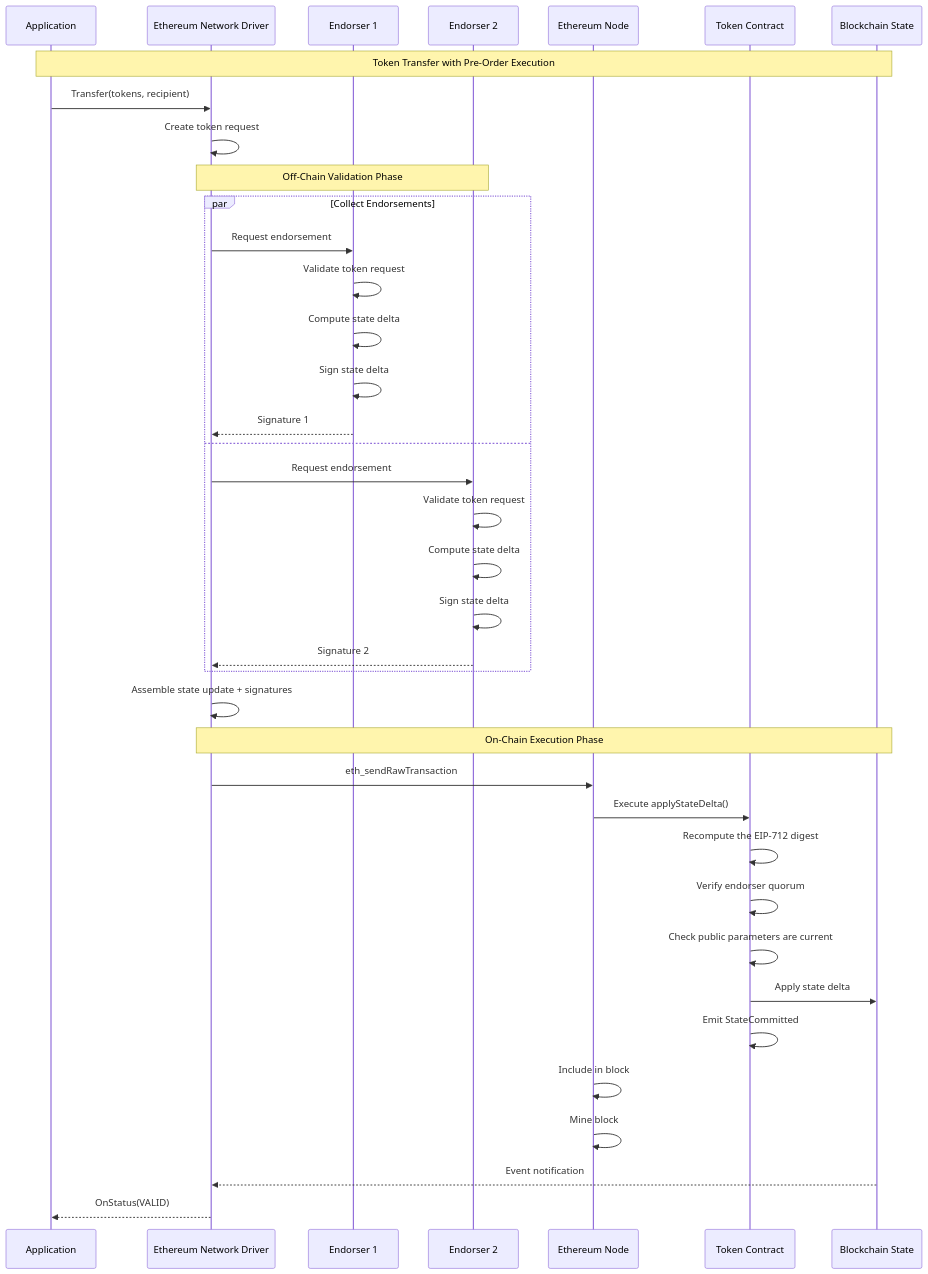
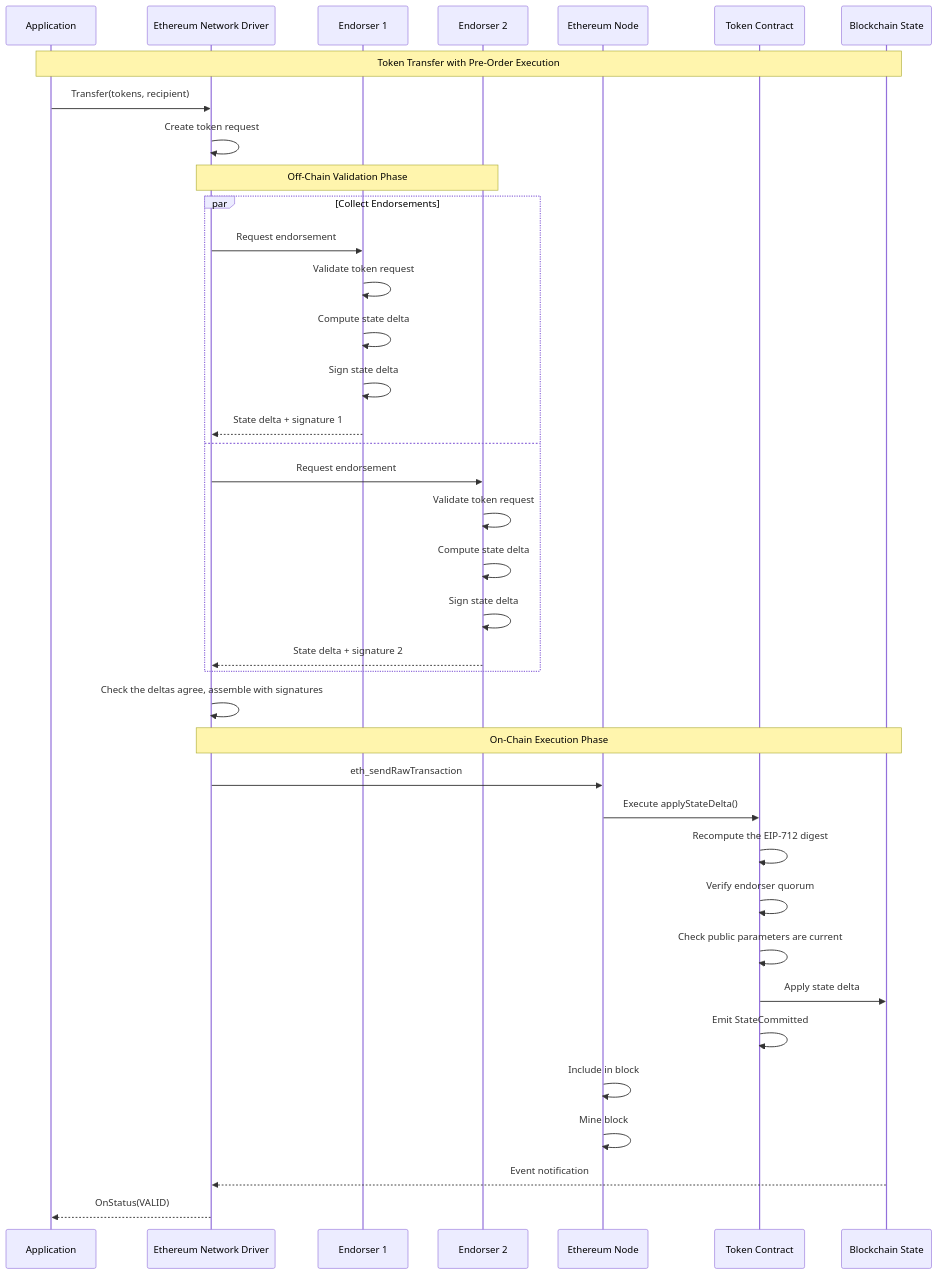
Before and after one commit to LFDT-Panurus/panurus: the fifth of 11 diagrams in docs/services/network-ethereum.md, drawn with Mermaid. The commit also changed 16 other files, not shown here.

````diff
--- a/docs/services/network-ethereum.md
+++ b/docs/services/network-ethereum.md
@@ -292,47 +292,47 @@
 ```mermaid
 sequenceDiagram
     participant App as Application
     participant Driver as Ethereum Network Driver
     participant E1 as Endorser 1
     participant E2 as Endorser 2
     participant Node as Ethereum Node
     participant Contract as Token Contract
     participant State as Blockchain State
 
     Note over App,State: Token Transfer with Pre-Order Execution
     
     App->>Driver: Transfer(tokens, recipient)
     Driver->>Driver: Create token request
     
     Note over Driver,E2: Off-Chain Validation Phase
     par Collect Endorsements
         Driver->>E1: Request endorsement
         E1->>E1: Validate token request
         E1->>E1: Compute state delta
         E1->>E1: Sign state delta
-        E1-->>Driver: Signature 1
+        E1-->>Driver: State delta + signature 1
     and
         Driver->>E2: Request endorsement
         E2->>E2: Validate token request
         E2->>E2: Compute state delta
         E2->>E2: Sign state delta
-        E2-->>Driver: Signature 2
+        E2-->>Driver: State delta + signature 2
     end
     
-    Driver->>Driver: Assemble state update + signatures
+    Driver->>Driver: Check the deltas agree, assemble with signatures
     
     Note over Driver,State: On-Chain Execution Phase
     Driver->>Node: eth_sendRawTransaction
     Node->>Contract: Execute applyStateDelta()
     Contract->>Contract: Recompute the EIP-712 digest
     Contract->>Contract: Verify endorser quorum
     Contract->>Contract: Check public parameters are current
     Contract->>State: Apply state delta
     Contract->>Contract: Emit StateCommitted
     
     Node->>Node: Include in block
     Node->>Node: Mine block
     
     State-->>Driver: Event notification
     Driver-->>App: OnStatus(VALID)
 ```
````
